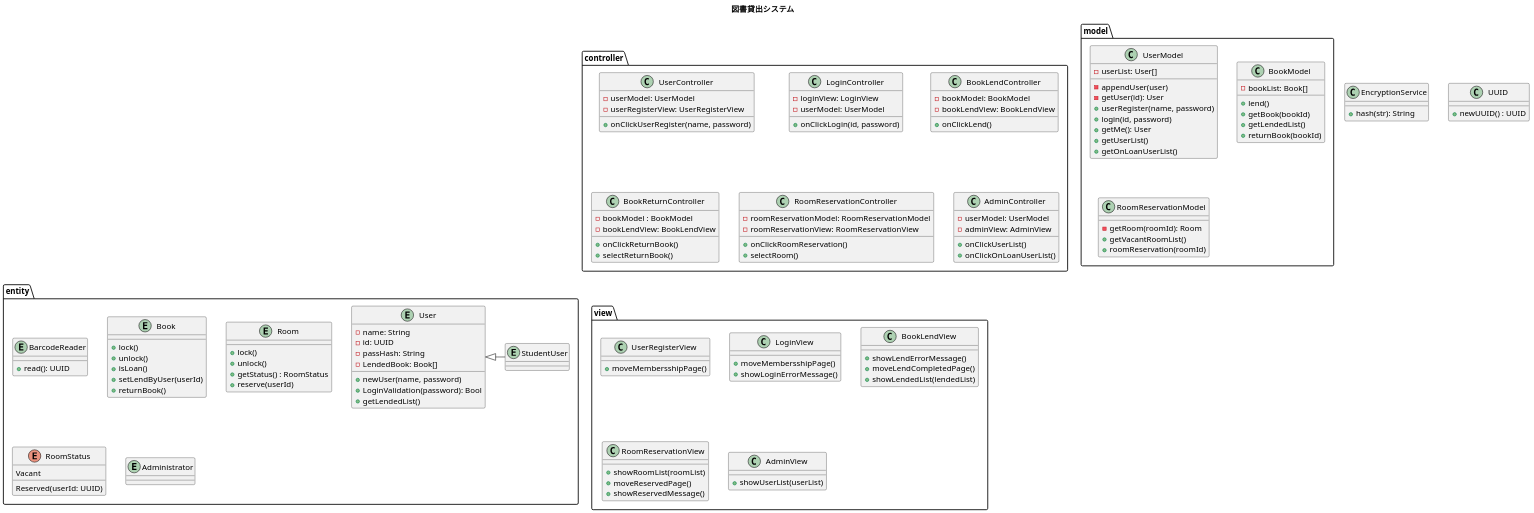
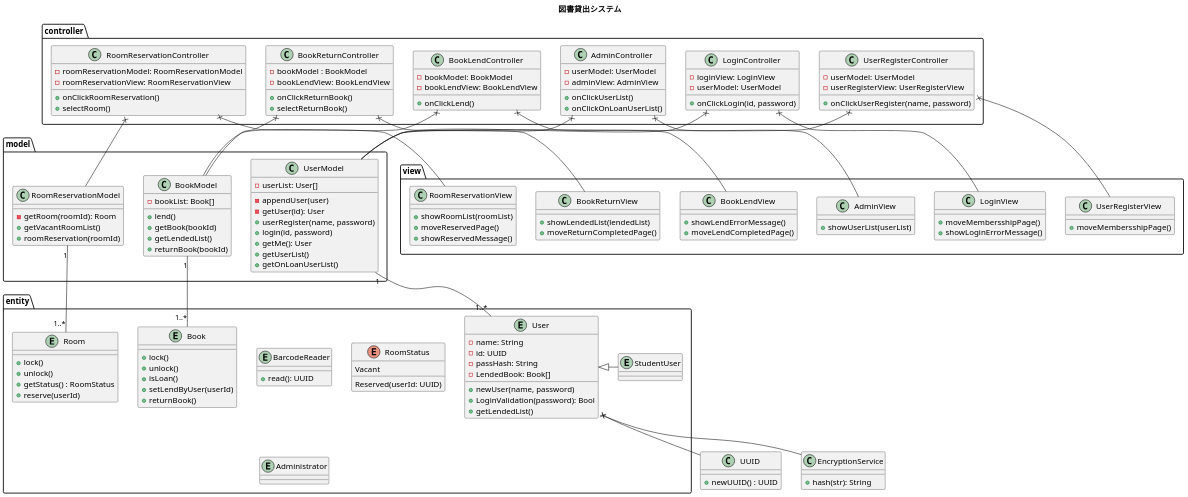
The diagram in class.pu (Romira915/AdvancedSoftwareEngineering3-Task), drawn with PlantUML before and after one commit. The commit also changed 1 other file, not shown here.

```diff
--- a/class.pu
+++ b/class.pu
@@ -1,160 +1,184 @@
 @startuml 図書貸出システム
 
 title 図書貸出システム
 skinparam dpi 150
 
 
 
 class EncryptionService {
     +hash(str): String
 }
 
 class UUID {
     +newUUID() : UUID
 }
 
 
 
 
 
 
 
 
 
 package controller {
-    class UserController {
+    class UserRegisterController {
         -userModel: UserModel
         -userRegisterView: UserRegisterView
         +onClickUserRegister(name, password)
     }
 
     class LoginController {
         -loginView: LoginView
         -userModel: UserModel
         +onClickLogin(id, password)
     }
 
     class BookLendController {
         -bookModel: BookModel
         -bookLendView: BookLendView
         +onClickLend()
     }
 
     class BookReturnController {
         -bookModel : BookModel
         -bookLendView: BookLendView
         +onClickReturnBook()
         +selectReturnBook()
     }
 
     class RoomReservationController {
         -roomReservationModel: RoomReservationModel
         -roomReservationView: RoomReservationView
         +onClickRoomReservation()
         +selectRoom()
     }
 
     class AdminController {
         -userModel: UserModel
         -adminView: AdminView
         +onClickUserList()
         +onClickOnLoanUserList()
     }
 }
 
 package model {
     class UserModel {
         -userList: User[]
         -appendUser(user)
         -getUser(id): User
         +userRegister(name, password)
         +login(id, password)
         +getMe(): User
         +getUserList()
         +getOnLoanUserList()
     }
 
     class BookModel {
         -bookList: Book[]
         +lend()
         +getBook(bookId)
         +getLendedList()
         +returnBook(bookId)
     }
 
     class RoomReservationModel {
         -getRoom(roomId): Room
         +getVacantRoomList()
         +roomReservation(roomId)
     }
 }
 
 package view {
     class UserRegisterView {
         +moveMembersshipPage()
     }
 
     class LoginView {
         +moveMembersshipPage()
         +showLoginErrorMessage()
     }
 
     class BookLendView {
         +showLendErrorMessage()
         +moveLendCompletedPage()
+    }
+
+    class BookReturnView {
         +showLendedList(lendedList)
+        +moveReturnCompletedPage()
     }
 
     class RoomReservationView {
         +showRoomList(roomList)
         +moveReservedPage()
         +showReservedMessage()
     }
 
     class AdminView {
         +showUserList(userList)
     }
 }
 
 package entity {
     entity BarcodeReader {
         +read(): UUID
     }
 
     entity Book {
         +lock()
         +unlock()
         +isLoan()
         +setLendByUser(userId)
         +returnBook()
     }
 
     entity Room {
         +lock()
         +unlock()
         +getStatus() : RoomStatus
         +reserve(userId)
     }
 
     enum RoomStatus {
         Vacant
         Reserved(userId: UUID)
     }
 
     entity User {
         -name: String
         -id: UUID
         -passHash: String
         -LendedBook: Book[]
         +newUser(name, password)
         +LoginValidation(password): Bool
         +getLendedList()
     }
 
     entity StudentUser
     User <|- StudentUser
 
     entity Administrator
 }
 
+UserModel "1" -- "1..*" User
+BookModel "1" -- "1..*" Book
+RoomReservationModel "1" -- "1..*" Room
+
+UserRegisterController x-- UserModel
+UserRegisterController x-- UserRegisterView
+LoginController x-- UserModel
+LoginController x-- LoginView
+BookLendController x-- BookModel
+BookLendController x-- BookLendView
+BookReturnController x-- BookModel
+BookReturnController x-- BookReturnView
+RoomReservationController x-- RoomReservationModel
+RoomReservationController x-- RoomReservationView
+AdminController x-- UserModel
+AdminController x-- AdminView
+
+User x-- EncryptionService
+User x-- UUID
+
 @enduml
```
